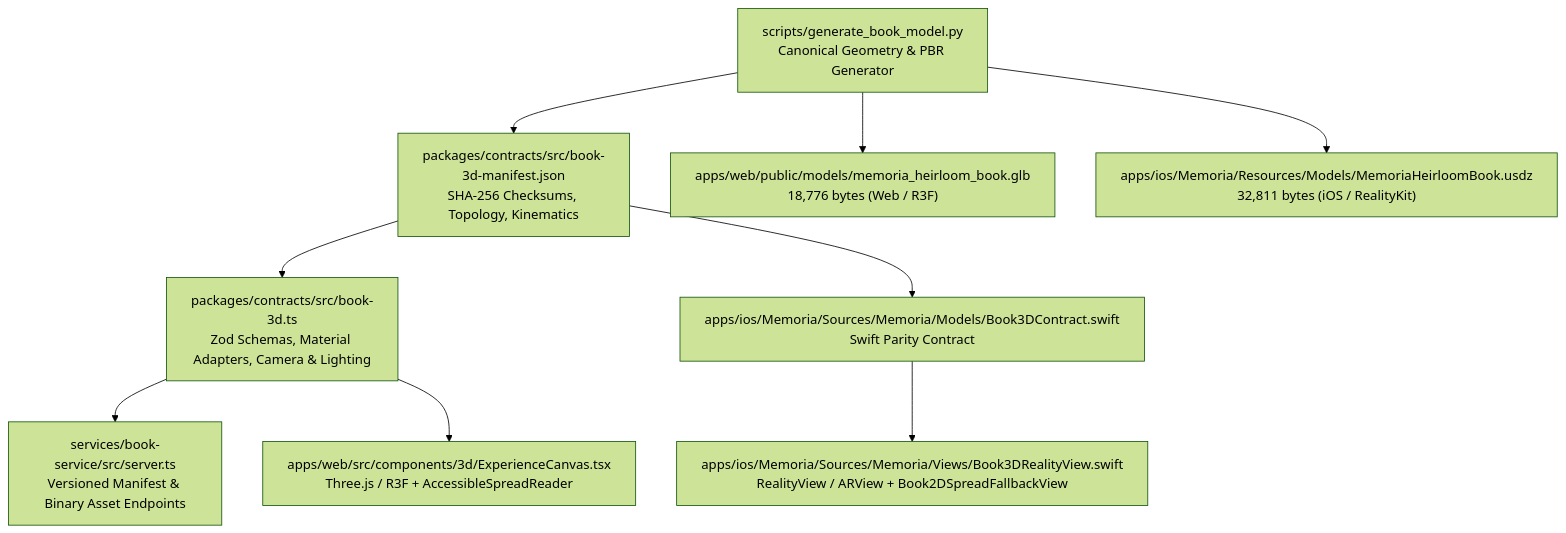
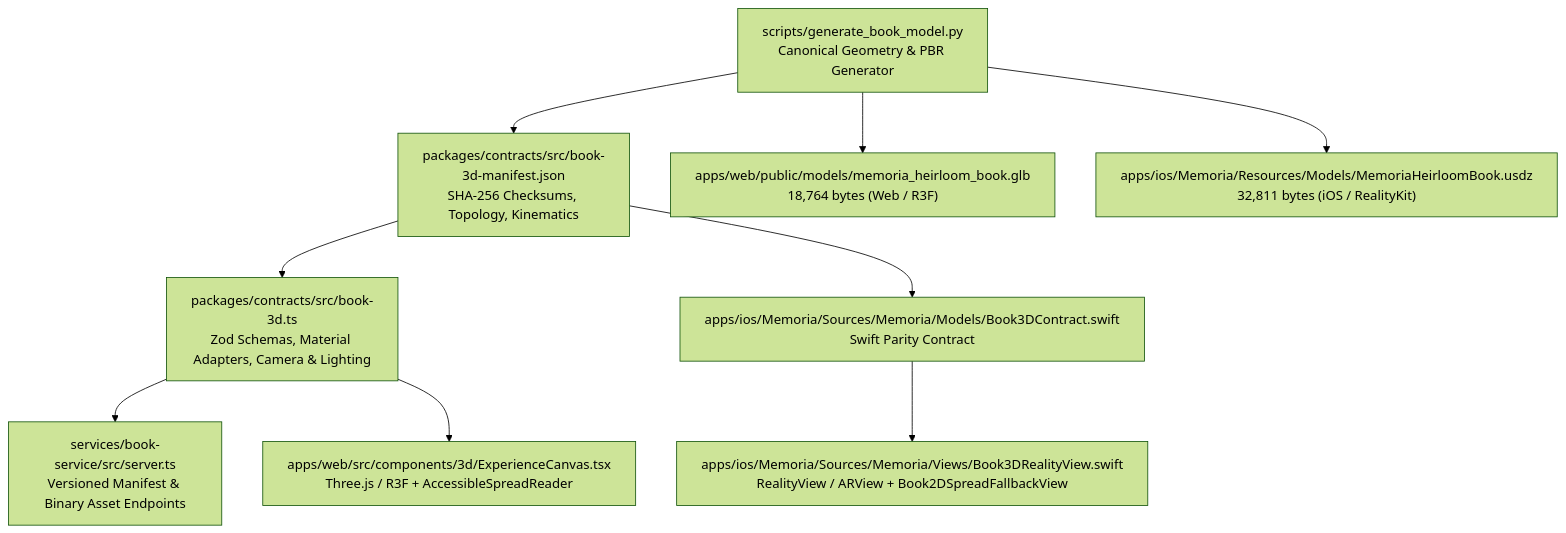
One commit to rik9922/Book changed the diagram in docs/3D_BOOK_ENGINE_ARCHITECTURE.md. Above: the diagram before and after it, drawn with Mermaid (forest theme). The commit also changed 17 other files, not shown here.

````diff
--- a/docs/3D_BOOK_ENGINE_ARCHITECTURE.md
+++ b/docs/3D_BOOK_ENGINE_ARCHITECTURE.md
@@ -16,12 +16,12 @@
 ```mermaid
 flowchart TD
     A["scripts/generate_book_model.py\nCanonical Geometry & PBR Generator"] --> B["packages/contracts/src/book-3d-manifest.json\nSHA-256 Checksums, Topology, Kinematics"]
-    A --> C["apps/web/public/models/memoria_heirloom_book.glb\n18,776 bytes (Web / R3F)"]
+    A --> C["apps/web/public/models/memoria_heirloom_book.glb\n18,764 bytes (Web / R3F)"]
     A --> D["apps/ios/Memoria/Resources/Models/MemoriaHeirloomBook.usdz\n32,811 bytes (iOS / RealityKit)"]
 
     B --> E["packages/contracts/src/book-3d.ts\nZod Schemas, Material Adapters, Camera & Lighting"]
     E --> F["services/book-service/src/server.ts\nVersioned Manifest & Binary Asset Endpoints"]
     E --> G["apps/web/src/components/3d/ExperienceCanvas.tsx\nThree.js / R3F + AccessibleSpreadReader"]
     B --> H["apps/ios/Memoria/Sources/Memoria/Models/Book3DContract.swift\nSwift Parity Contract"]
     H --> I["apps/ios/Memoria/Sources/Memoria/Views/Book3DRealityView.swift\nRealityView / ARView + Book2DSpreadFallbackView"]
 ```
````
